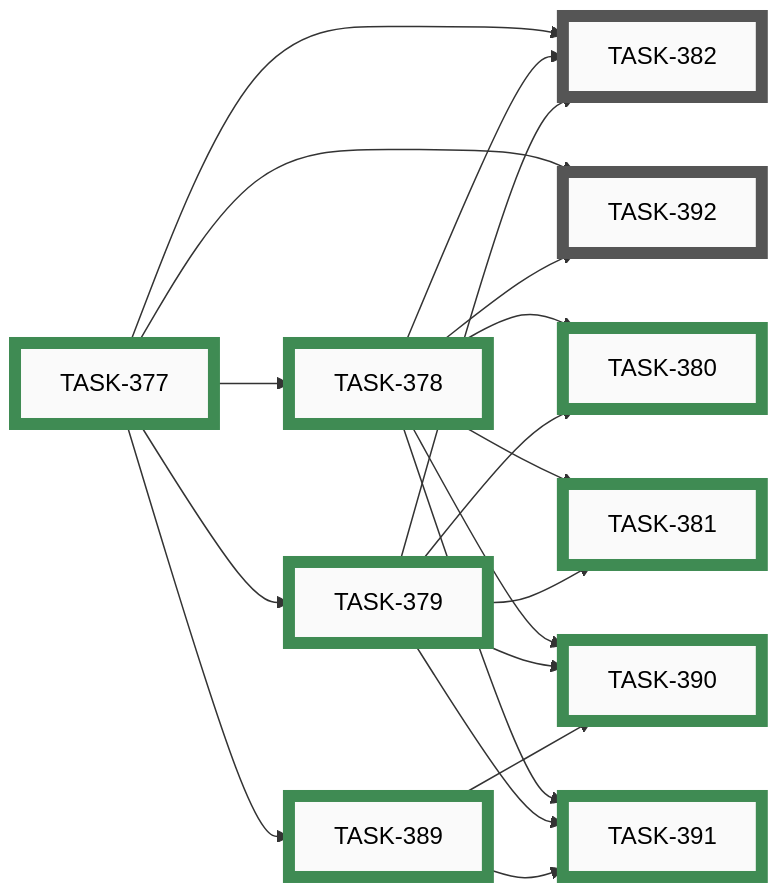
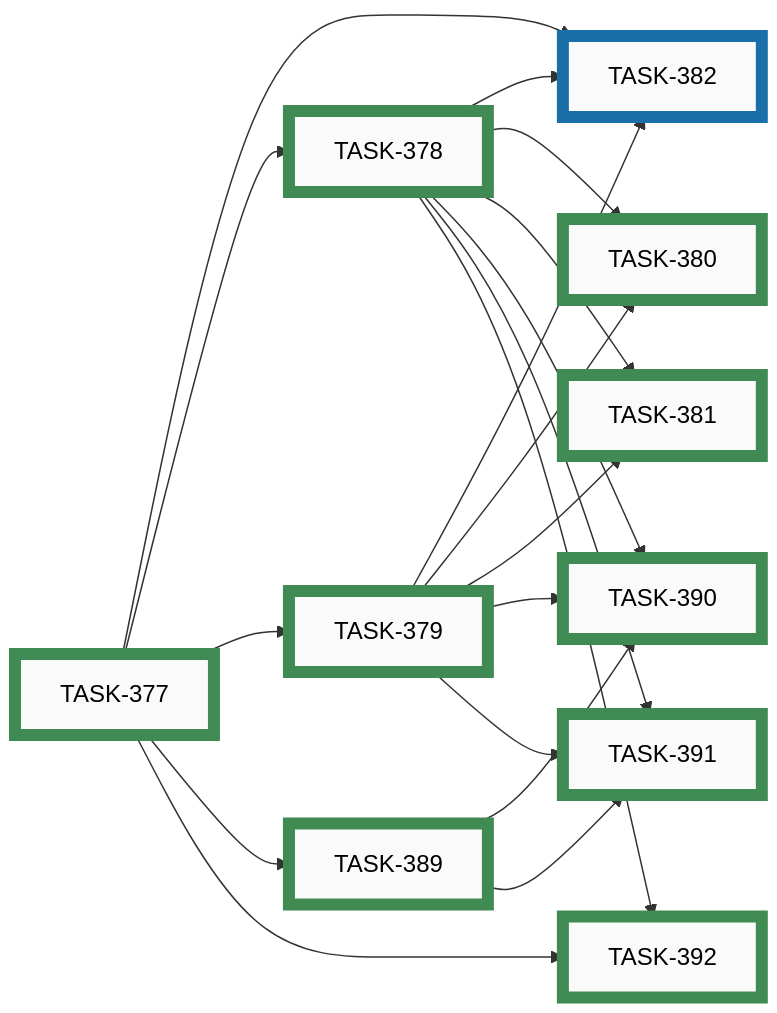
One commit to tgd1975/AwesomeGuitarPedal changed the ninth of 11 diagrams in docs/developers/tasks/EPICS.md. Above: the diagram before and after it, drawn with Mermaid. The commit also changed other lines of this file and 5 other files, not shown here.

First line of the commit message:
close TASK-392: JS config-builder pinNames UX (EPIC-029)

````diff
--- a/docs/developers/tasks/EPICS.md
+++ b/docs/developers/tasks/EPICS.md
@@ -305,49 +305,49 @@
 ```mermaid
 graph LR
-    TASK_382["TASK-382"]:::open
-    TASK_392["TASK-392"]:::open
+    TASK_382["TASK-382"]:::active
     TASK_377["TASK-377"]:::closed
     TASK_378["TASK-378"]:::closed
     TASK_379["TASK-379"]:::closed
     TASK_380["TASK-380"]:::closed
     TASK_381["TASK-381"]:::closed
     TASK_389["TASK-389"]:::closed
     TASK_390["TASK-390"]:::closed
     TASK_391["TASK-391"]:::closed
+    TASK_392["TASK-392"]:::closed
     TASK_377 --> TASK_382
     TASK_378 --> TASK_382
     TASK_379 --> TASK_382
-    TASK_377 --> TASK_392
-    TASK_378 --> TASK_392
     TASK_377 --> TASK_378
     TASK_377 --> TASK_379
     TASK_378 --> TASK_380
     TASK_379 --> TASK_380
     TASK_378 --> TASK_381
     TASK_379 --> TASK_381
     TASK_377 --> TASK_389
     TASK_378 --> TASK_390
     TASK_379 --> TASK_390
     TASK_389 --> TASK_390
     TASK_378 --> TASK_391
     TASK_379 --> TASK_391
     TASK_389 --> TASK_391
-    click TASK_382 "open/task-382-named-pins-builder-docs-and-github-addition-process.md"
-    click TASK_392 "open/task-392-js-config-builder-pinnames-ux.md"
+    TASK_377 --> TASK_392
+    TASK_378 --> TASK_392
+    click TASK_382 "active/task-382-named-pins-builder-docs-and-github-addition-process.md"
     click TASK_377 "closed/task-377-define-v1-standard-pin-name-set.md"
     click TASK_378 "closed/task-378-hardware-config-pinnames-mapping.md"
     click TASK_379 "closed/task-379-profile-schema-accept-named-pin-references.md"
     click TASK_380 "closed/task-380-esp32-resolve-named-pins-at-config-load.md"
     click TASK_381 "closed/task-381-configurator-named-pin-ux-autocomplete-validation-warning.md"
     click TASK_389 "closed/task-389-pin-names-catalog-service.md"
     click TASK_390 "closed/task-390-action-editor-named-pin-ux.md"
     click TASK_391 "closed/task-391-missing-mapping-warning-surfaces.md"
+    click TASK_392 "closed/task-392-js-config-builder-pinnames-ux.md"
     classDef open    fill:#FAFAFA,stroke:#555,stroke-width:8px,color:#000
     classDef active  fill:#FAFAFA,stroke:#1A6FA8,stroke-width:8px,color:#000
     classDef closed  fill:#FAFAFA,stroke:#3F8B53,stroke-width:8px,color:#000
     classDef paused  fill:#FAFAFA,stroke:#B07810,stroke-width:8px,color:#000
     classDef openExt    fill:#000,stroke:#888,stroke-width:8px,color:#FFF
     classDef activeExt  fill:#000,stroke:#3FA9F5,stroke-width:8px,color:#FFF
     classDef closedExt  fill:#000,stroke:#7CC68A,stroke-width:8px,color:#FFF
     classDef pausedExt  fill:#000,stroke:#F0B030,stroke-width:8px,color:#FFF
 ```
````
